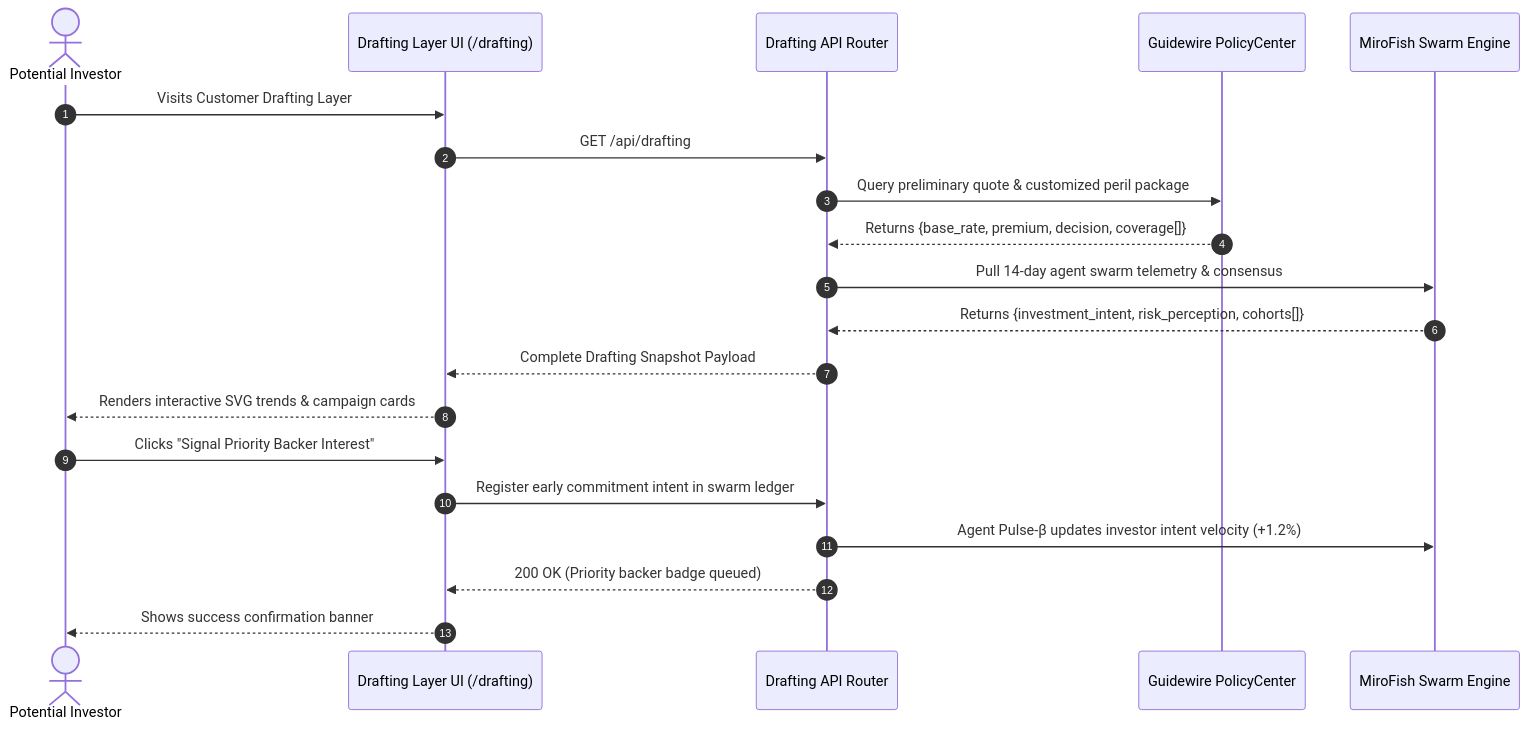
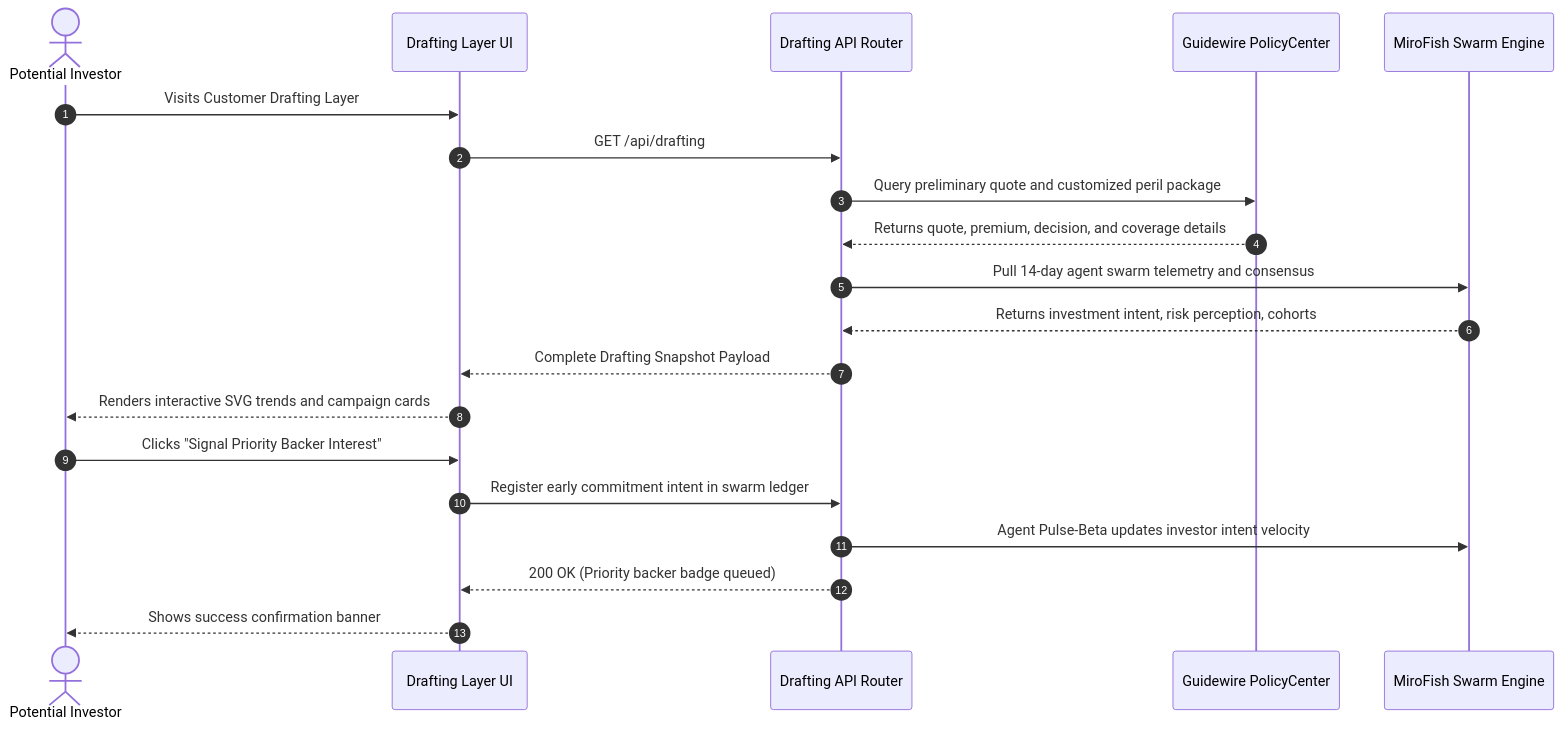
One commit to abhiraj-bambhore/Guidewire_project_community_raise changed the third of 4 diagrams in README.md. Above: the diagram before and after it, drawn with Mermaid. The commit also changed other lines of this file and 3 other files, not shown here.

````diff
--- a/README.md
+++ b/README.md
@@ -196,23 +196,23 @@
 ```mermaid
 sequenceDiagram
     autonumber
     actor Customer as Potential Investor
-    participant UI as Drafting Layer UI (/drafting)
+    participant UI as Drafting Layer UI
     participant Back as Drafting API Router
     participant PC as Guidewire PolicyCenter
     participant MF as MiroFish Swarm Engine
 
     Customer->>UI: Visits Customer Drafting Layer
     UI->>Back: GET /api/drafting
-    Back->>PC: Query preliminary quote & customized peril package
-    PC-->>Back: Returns {base_rate, premium, decision, coverage[]}
-    Back->>MF: Pull 14-day agent swarm telemetry & consensus
-    MF-->>Back: Returns {investment_intent, risk_perception, cohorts[]}
+    Back->>PC: Query preliminary quote and customized peril package
+    PC-->>Back: Returns quote, premium, decision, and coverage details
+    Back->>MF: Pull 14-day agent swarm telemetry and consensus
+    MF-->>Back: Returns investment intent, risk perception, cohorts
     Back-->>UI: Complete Drafting Snapshot Payload
-    UI-->>Customer: Renders interactive SVG trends & campaign cards
+    UI-->>Customer: Renders interactive SVG trends and campaign cards
     Customer->>UI: Clicks "Signal Priority Backer Interest"
     UI->>Back: Register early commitment intent in swarm ledger
-    Back->>MF: Agent Pulse-β updates investor intent velocity (+1.2%)
+    Back->>MF: Agent Pulse-Beta updates investor intent velocity
     Back-->>UI: 200 OK (Priority backer badge queued)
     UI-->>Customer: Shows success confirmation banner
 ```
````
